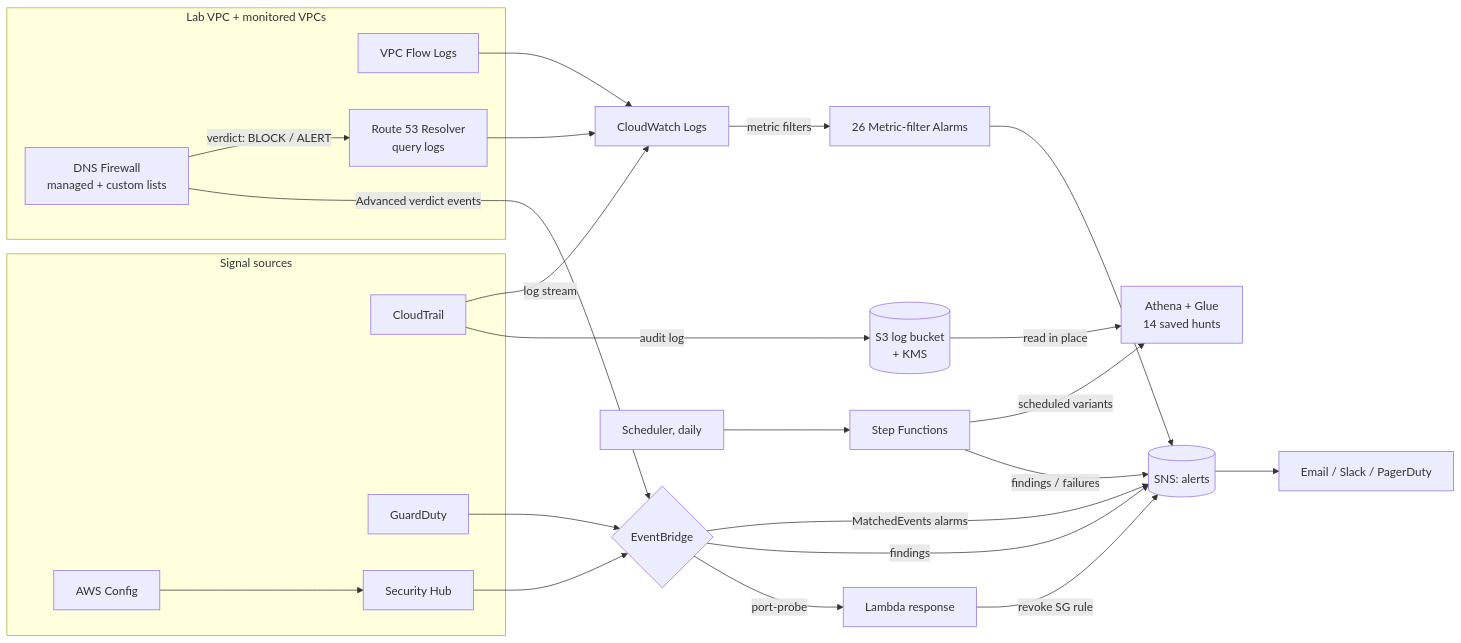
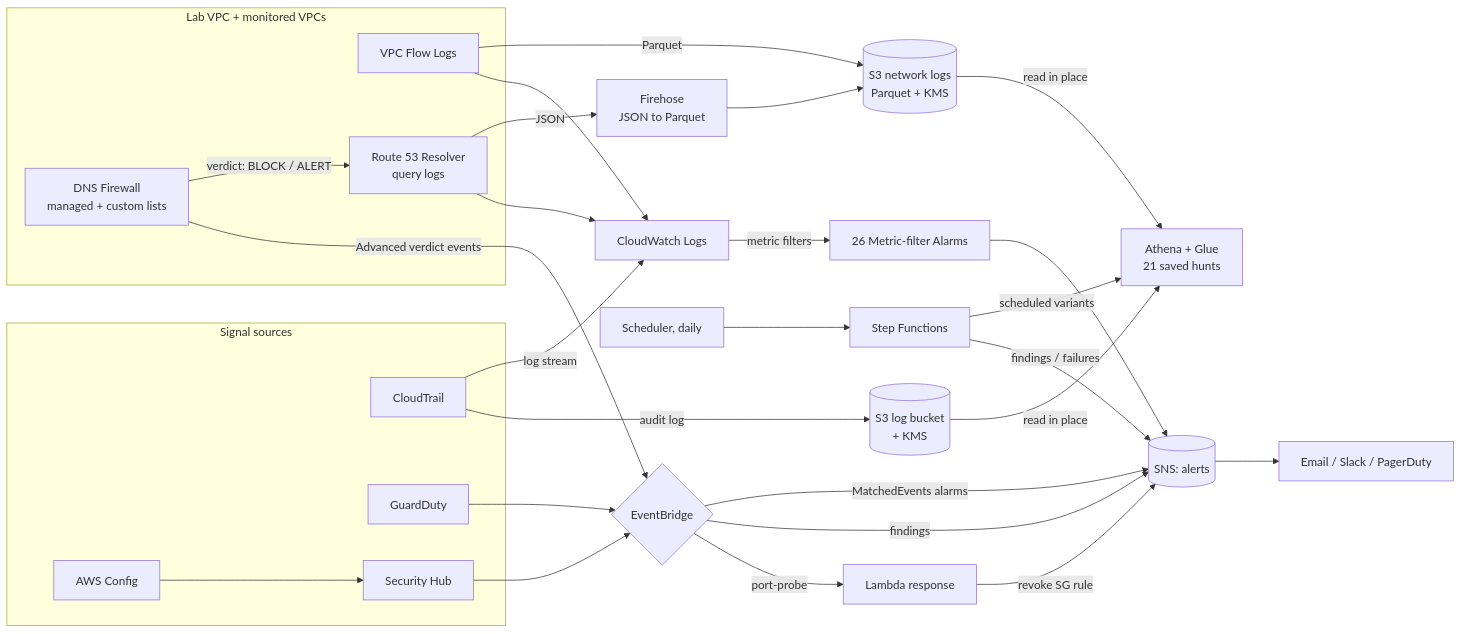
Before and after one commit to H3llKa1ser/AWS-Detection-Engineering-Lab: the diagram in README.md, drawn with Mermaid. The commit also changed other lines of this file and 27 other files, not shown here.

````diff
--- a/README.md
+++ b/README.md
@@ -38,37 +39,40 @@
 ```mermaid
 flowchart LR
     subgraph Sources["Signal sources"]
         CT[CloudTrail]
         GD[GuardDuty]
         CFG[AWS Config]
         SH[Security Hub]
     end
 
     subgraph Net["Lab VPC + monitored VPCs"]
         FL[VPC Flow Logs]
         FW[DNS Firewall<br/>managed + custom lists]
         DNS[Route 53 Resolver<br/>query logs]
         FW -->|verdict: BLOCK / ALERT| DNS
     end
+    FL -->|Parquet| NL[(S3 network logs<br/>Parquet + KMS)]
+    DNS -->|JSON| FH[Firehose<br/>JSON to Parquet] --> NL
+    NL -->|read in place| ATH
     FW -->|Advanced verdict events| EB
 
     CT -->|log stream| CWL[CloudWatch Logs]
     FL --> CWL
     DNS --> CWL
     CWL -->|metric filters| ALM[26 Metric-filter Alarms]
     EB -->|MatchedEvents alarms| SNS
     CT -->|audit log| S3[(S3 log bucket<br/>+ KMS)]
-    S3 -->|read in place| ATH[Athena + Glue<br/>14 saved hunts]
+    S3 -->|read in place| ATH[Athena + Glue<br/>21 saved hunts]
     SCH[Scheduler, daily] --> SFN[Step Functions] -->|scheduled variants| ATH
     SFN -->|findings / failures| SNS
 
     CFG --> SH
     GD --> EB{EventBridge}
     SH --> EB
     ALM --> SNS[(SNS: alerts)]
     EB -->|findings| SNS
     EB -->|port-probe| L[Lambda response]
     L -->|revoke SG rule| SNS
 
     SNS --> Email[Email / Slack / PagerDuty]
 ```
````
